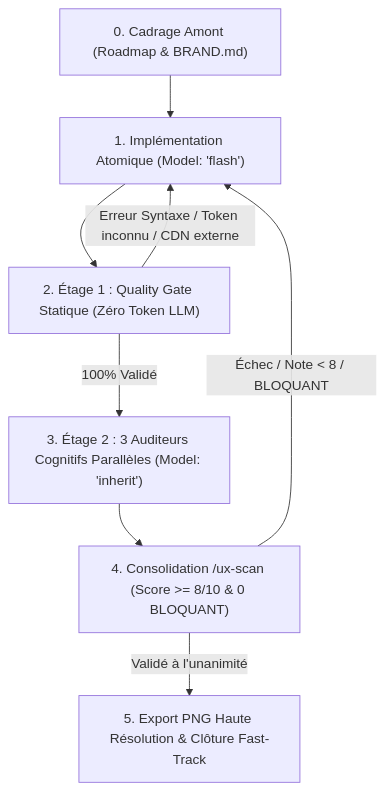
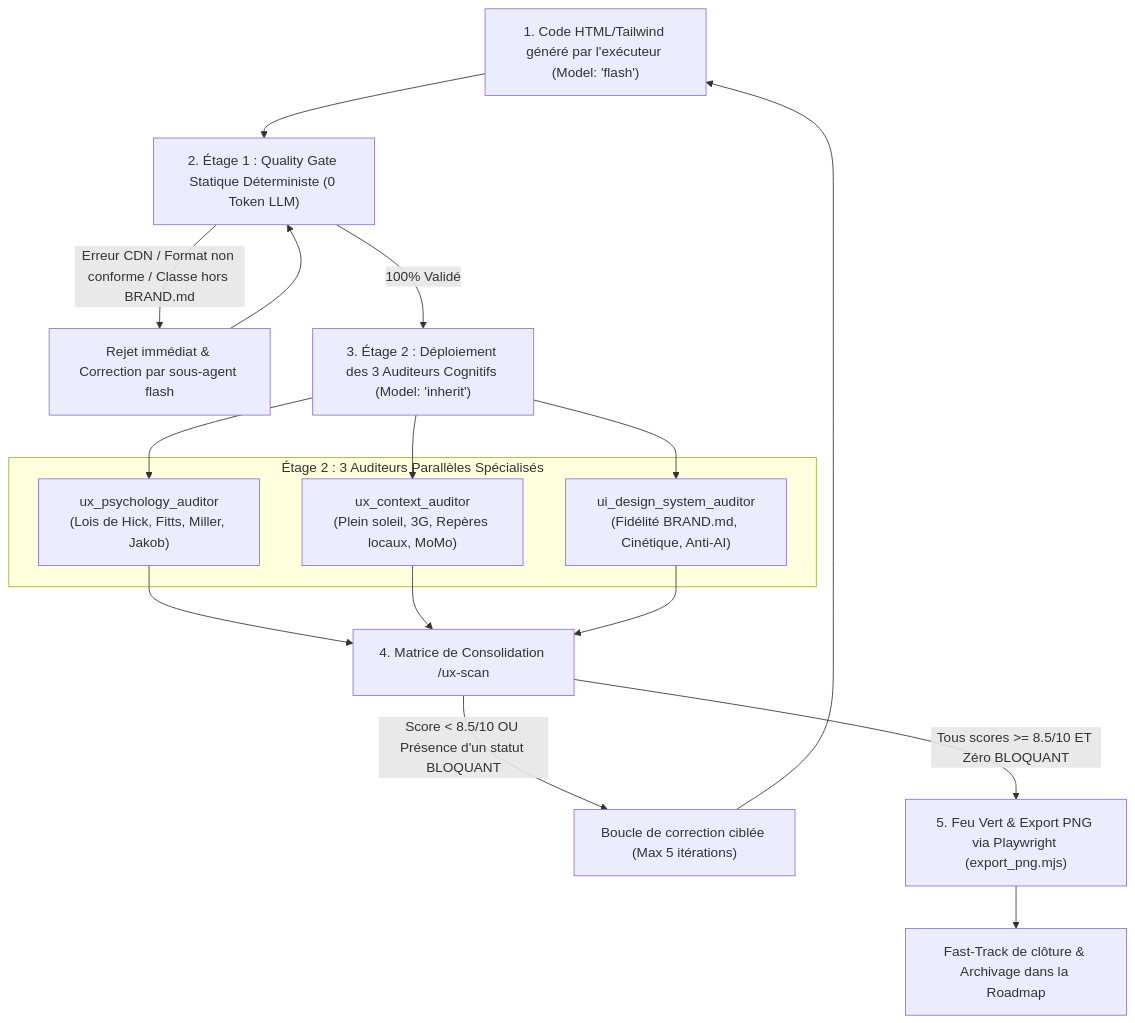
The second of 3 diagrams in skills/san_designer.md (alexsan-dev/san_agy_framework), drawn with Mermaid before and after one commit. The commit also changed other lines of this file and 41 other files, not shown here.

````diff
--- a/skills/san_designer.md
+++ b/skills/san_designer.md
@@ -135,10 +213,26 @@
 ```mermaid
 flowchart TD
-    A["0. Cadrage Amont (Roadmap & BRAND.md)"] --> B["1. Implémentation Atomique (Model: 'flash')"]
-    B --> C["2. Étage 1 : Quality Gate Statique (Zéro Token LLM)"]
-    C -- "Erreur Syntaxe / Token inconnu / CDN externe" --> B
-    C -- "100% Validé" --> D["3. Étage 2 : 3 Auditeurs Cognitifs Parallèles (Model: 'inherit')"]
-    D --> E["4. Consolidation /ux-scan (Score >= 8/10 & 0 BLOQUANT)"]
-    E -- "Échec / Note < 8 / BLOQUANT" --> B
-    E -- "Validé à l'unanimité" --> F["5. Export PNG Haute Résolution & Clôture Fast-Track"]
+    A["1. Code HTML/Tailwind généré par l'exécuteur (Model: 'flash')"] --> B["2. Étage 1 : Quality Gate Statique Déterministe (0 Token LLM)"]
+    B -- "Erreur CDN / Format non conforme / Classe hors BRAND.md" --> C["Rejet immédiat & Correction par sous-agent flash"]
+    C --> B
+    B -- "100% Validé" --> D["3. Étage 2 : Déploiement des 3 Auditeurs Cognitifs (Model: 'inherit')"]
+    
+    subgraph Etage2["Étage 2 : 3 Auditeurs Parallèles Spécialisés"]
+        D1["ux_psychology_auditor\n(Lois de Hick, Fitts, Miller, Jakob)"]
+        D2["ux_context_auditor\n(Plein soleil, 3G, Repères locaux, MoMo)"]
+        D3["ui_design_system_auditor\n(Fidélité BRAND.md, Cinétique, Anti-AI)"]
+    end
+
+    D --> D1
+    D --> D2
+    D --> D3
+
+    D1 --> E["4. Matrice de Consolidation /ux-scan"]
+    D2 --> E
+    D3 --> E
+
+    E -- "Score < 8.5/10 OU Présence d'un statut BLOQUANT" --> F["Boucle de correction ciblée (Max 5 itérations)"]
+    F --> A
+    E -- "Tous scores >= 8.5/10 ET Zéro BLOQUANT" --> G["5. Feu Vert & Export PNG via Playwright (export_png.mjs)"]
+    G --> H["Fast-Track de clôture & Archivage dans la Roadmap"]
 ```
````
